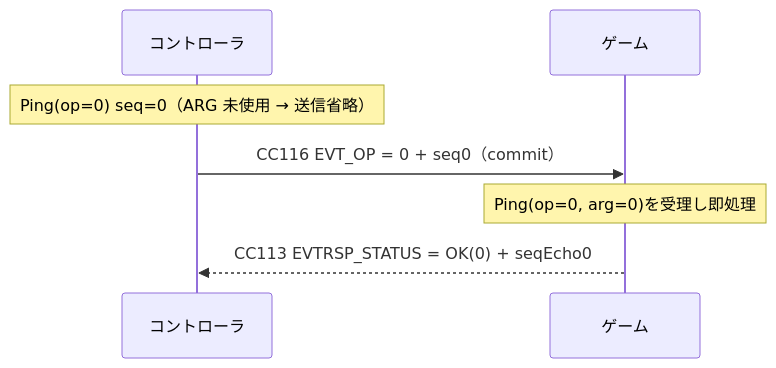
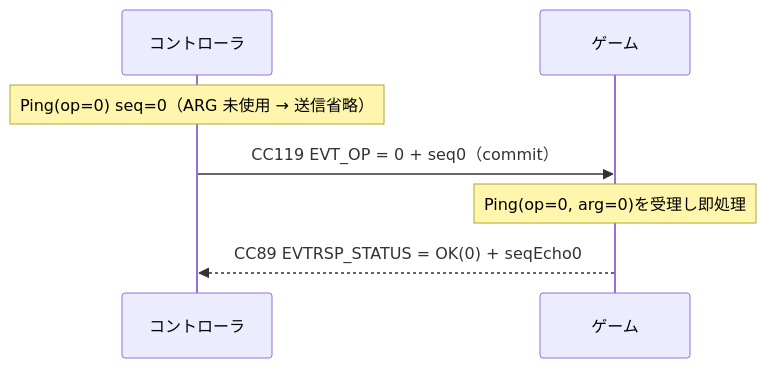
One commit to sanlike0911/pyMidiSimulator changed the second of 4 diagrams in docs/specs/midi-mapping.md. Above: the diagram before and after it, drawn with Mermaid. The commit also changed other lines of this file, not shown here.

````diff
--- a/docs/specs/midi-mapping.md
+++ b/docs/specs/midi-mapping.md
@@ -285,9 +281,9 @@
 ```mermaid
 sequenceDiagram
     participant C as コントローラ
     participant G as ゲーム
     Note over C: Ping(op=0) seq=0（ARG 未使用 → 送信省略）
-    C->>G: CC116 EVT_OP = 0 + seq0（commit）
+    C->>G: CC119 EVT_OP = 0 + seq0（commit）
     Note over G: Ping(op=0, arg=0)を受理し即処理
-    G-->>C: CC113 EVTRSP_STATUS = OK(0) + seqEcho0
+    G-->>C: CC89 EVTRSP_STATUS = OK(0) + seqEcho0
 ```
````
